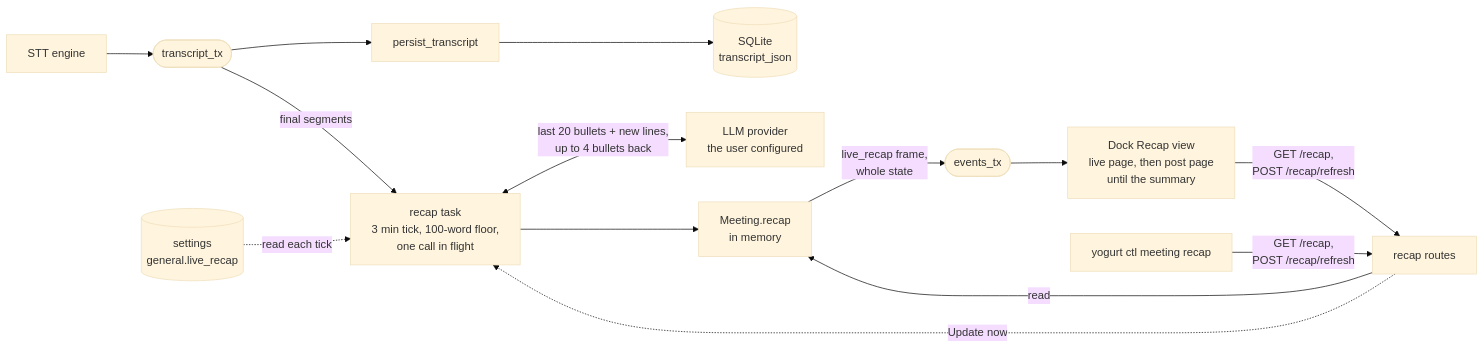
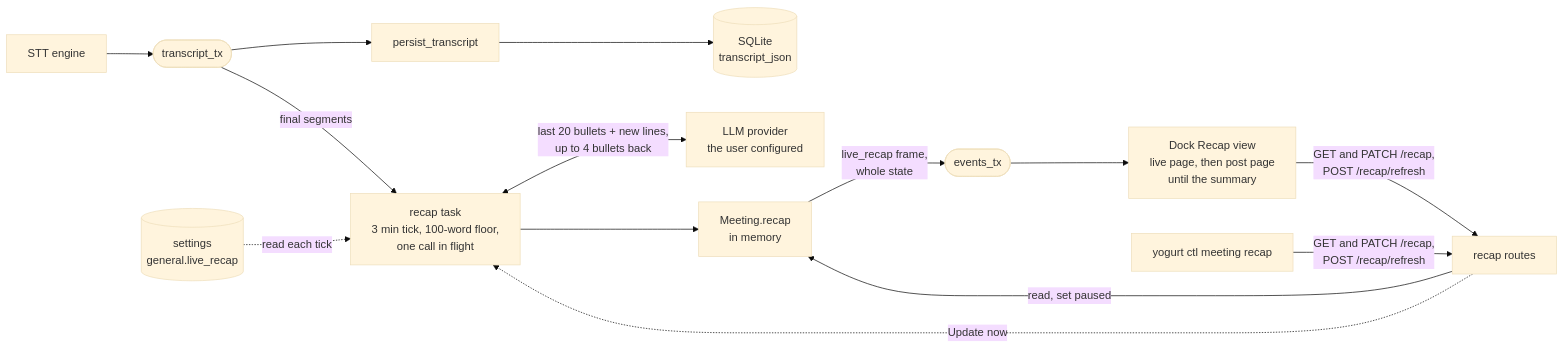
Before and after one commit to jarvisrchen/yogurt: the first of 2 diagrams in docs/.planning/live-recap-design.md, drawn with Mermaid (base theme). The commit also changed other lines of this file and 1 other file, not shown here.

Commit message:
docs: add a per-meeting recap pause to the MTG-22 design

````diff
--- a/docs/.planning/live-recap-design.md
+++ b/docs/.planning/live-recap-design.md
@@ -34,14 +45,14 @@
 ```mermaid
 flowchart LR
   STT["STT engine"] --> TX(["transcript_tx"])
   TX --> PER["persist_transcript"] --> DB[("SQLite<br/>transcript_json")]
   TX -- "final segments" --> RT["recap task<br/>3 min tick, 100-word floor,<br/>one call in flight"]
   SET[("settings<br/>general.live_recap")] -. "read each tick" .-> RT
   RT <-- "last 20 bullets + new lines,<br/>up to 4 bullets back" --> LLM["LLM provider<br/>the user configured"]
   RT --> ST["Meeting.recap<br/>in memory"]
   ST -- "live_recap frame,<br/>whole state" --> EV(["events_tx"])
   EV --> DOCK["Dock Recap view<br/>live page, then post page<br/>until the summary"]
-  DOCK & CTL["yogurt ctl meeting recap"] -- "GET /recap,<br/>POST /recap/refresh" --> API["recap routes"]
-  API -- "read" --> ST
+  DOCK & CTL["yogurt ctl meeting recap"] -- "GET and PATCH /recap,<br/>POST /recap/refresh" --> API["recap routes"]
+  API -- "read, set paused" --> ST
   API -. "Update now" .-> RT
 ```
````
